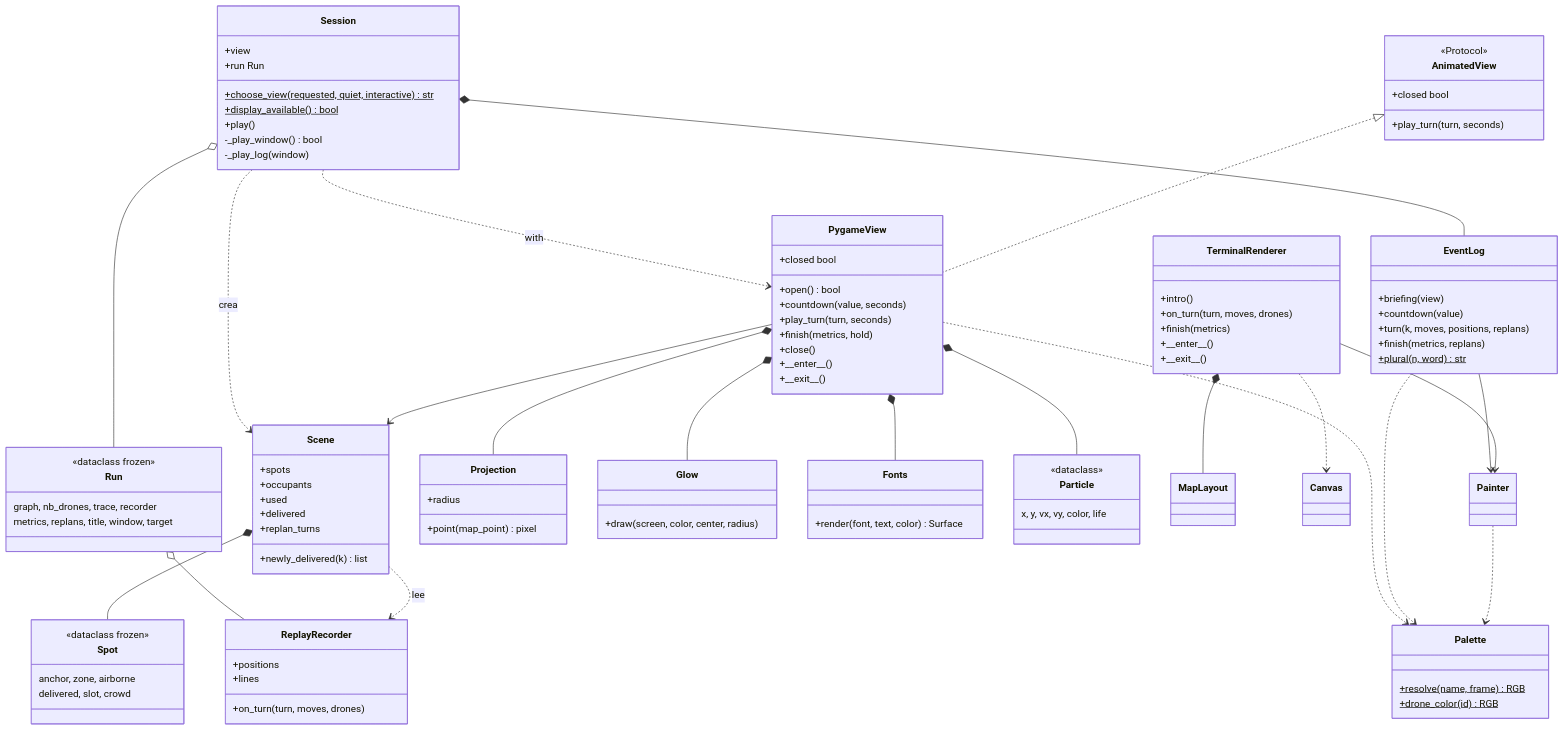
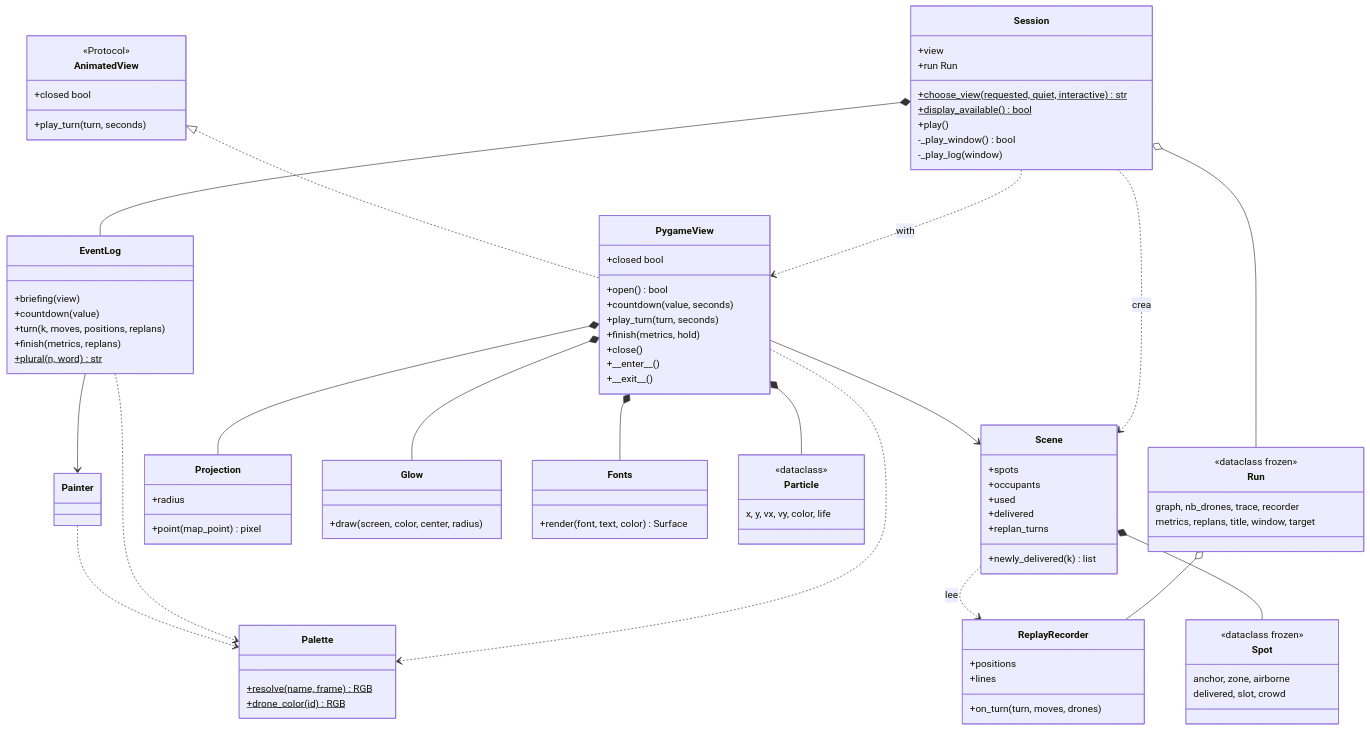
One commit to 0xARCOS/Fly-In changed diagram 51 of 52 in docs/07-diagramas.md. Above: the diagram before and after it, drawn with Mermaid. The commit also changed other lines of this file and 33 other files, not shown here.

````diff
--- a/docs/07-diagramas.md
+++ b/docs/07-diagramas.md
@@ -1678,15 +1579,6 @@
         <<dataclass>>
         x, y, vx, vy, color, life
     }
-    class TerminalRenderer {
-        +intro()
-        +on_turn(turn, moves, drones)
-        +finish(metrics)
-        +#95;#95;enter#95;#95;()
-        +#95;#95;exit#95;#95;()
-    }
-    class MapLayout
-    class Canvas
     class Painter
     class Palette {
         +resolve(name, frame)$ RGB
@@ -1708,8 +1600,5 @@
     PygameView ..> Palette
     EventLog --> Painter
     EventLog ..> Palette
-    TerminalRenderer *-- MapLayout
-    TerminalRenderer ..> Canvas
-    TerminalRenderer --> Painter
     Painter ..> Palette
 ```
````
